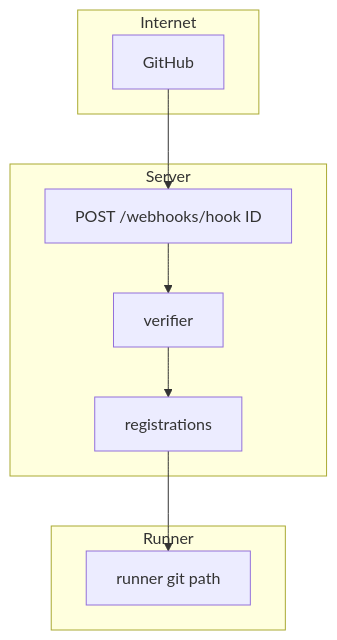
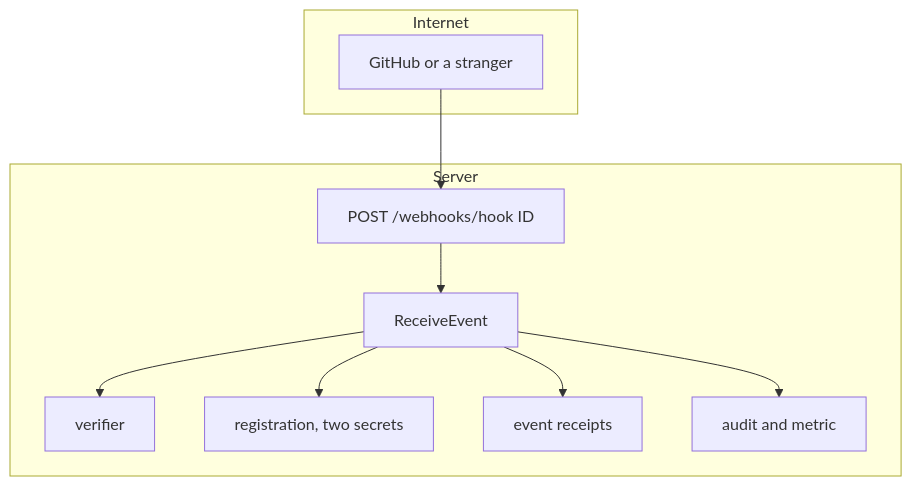
One commit to OpenDustpan/OpenDustpan changed the second of 2 diagrams in openspec/changes/git-host-webhook-intake-post/design.md. Above: the diagram before and after it, drawn with Mermaid. The commit also changed other lines of this file and 5 other files, not shown here.

First line of the commit message:
Rewrite git-host-webhook-intake-post to specify only what main lacks

````diff
--- a/openspec/changes/git-host-webhook-intake-post/design.md
+++ b/openspec/changes/git-host-webhook-intake-post/design.md
@@ -72,18 +255,20 @@
 ```mermaid
 flowchart TB
 subgraph Internet
-GH[GitHub]
+GH[GitHub or a stranger]
 end
 subgraph Server
-INTAKE[POST /webhooks/hook ID]
-VERIFY[verifier]
-REG[registrations]
+ROUTE[POST /webhooks/hook ID]
+SVC[ReceiveEvent]
+VER[verifier]
+REG[registration, two secrets]
+REC[event receipts]
+AUD[audit and metric]
 end
-subgraph Runner
-RUN[runner git path]
-end
-GH-->INTAKE
-INTAKE-->VERIFY
-VERIFY-->REG
-REG-->RUN
+GH-->ROUTE
+ROUTE-->SVC
+SVC-->VER
+SVC-->REG
+SVC-->REC
+SVC-->AUD
 ```
````
